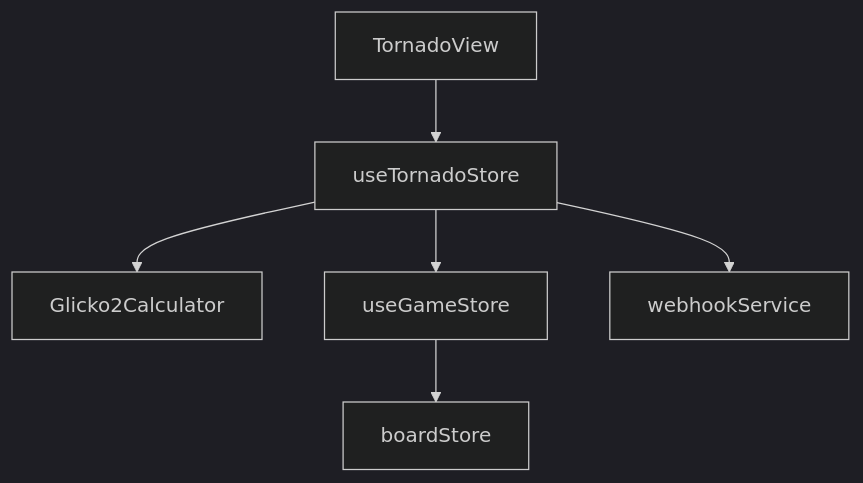
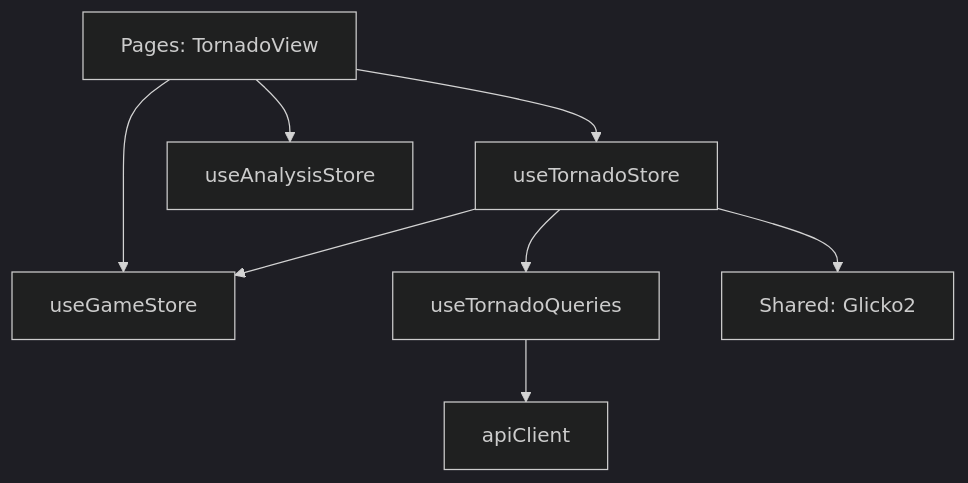
Before and after one commit to ImMoSer/Chessboard.fun: the diagram in game_logics/02_tornado.md, drawn with Mermaid (dark theme). The commit also changed other lines of this file and 6 other files, not shown here.

````diff
--- a/game_logics/02_tornado.md
+++ b/game_logics/02_tornado.md
@@ -77,8 +66,12 @@
 ```mermaid
 graph TD
-    TornadoView --> useTornadoStore
-    useTornadoStore --> Glicko2Calculator
+    TornadoView[Pages: TornadoView] --> useTornadoStore
+    TornadoView --> useGameStore
+    TornadoView --> useAnalysisStore
+    
+    useTornadoStore --> useTornadoQueries
+    useTornadoStore --> Glicko2Calculator[Shared: Glicko2]
     useTornadoStore --> useGameStore
-    useTornadoStore --> webhookService
-    useGameStore --> boardStore
+    
+    useTornadoQueries --> apiClient
 ```
````
